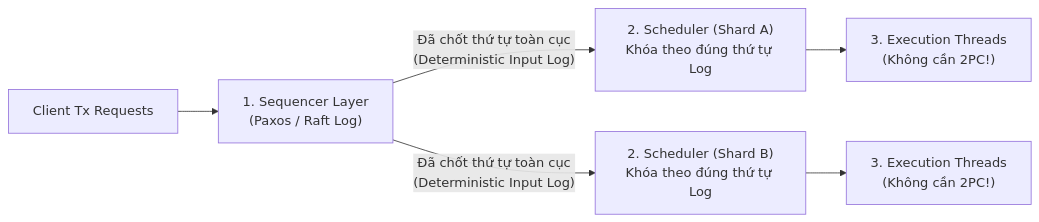
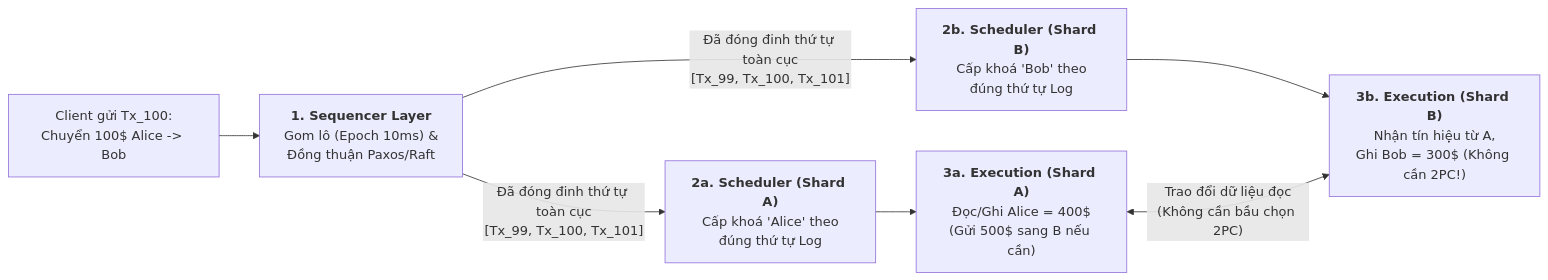
Before and after one commit to namaewanam/namaewanam.github.io: the third of 4 diagrams in docs/Database-Internals-Notes/database-internals-chapter13.vi.md, drawn with Mermaid. The commit also changed other lines of this file and 29 other files, not shown here.

````diff
--- a/docs/Database-Internals-Notes/database-internals-chapter13.vi.md
+++ b/docs/Database-Internals-Notes/database-internals-chapter13.vi.md
@@ -133,8 +383,9 @@
 ```mermaid
 flowchart LR
-    Client["Client Tx Requests"] --> Seq["1. Sequencer Layer<br/>(Paxos / Raft Log)"]
-    Seq -->|"Đã chốt thứ tự toàn cục<br/>(Deterministic Input Log)"| Sched1["2. Scheduler (Shard A)<br/>Khóa theo đúng thứ tự Log"]
-    Seq -->|"Đã chốt thứ tự toàn cục<br/>(Deterministic Input Log)"| Sched2["2. Scheduler (Shard B)<br/>Khóa theo đúng thứ tự Log"]
-    Sched1 --> Exec1["3. Execution Threads<br/>(Không cần 2PC!)"]
-    Sched2 --> Exec2["3. Execution Threads<br/>(Không cần 2PC!)"]
+    Client["Client gửi Tx_100:<br/>Chuyển 100$ Alice -> Bob"] --> Seq["<b>1. Sequencer Layer</b><br/>Gom lô (Epoch 10ms) &<br/>Đồng thuận Paxos/Raft"]
+    Seq -->|"Đã đóng đinh thứ tự toàn cục<br/>[Tx_99, Tx_100, Tx_101]"| SchedA["<b>2a. Scheduler (Shard A)</b><br/>Cấp khoá 'Alice' theo<br/>đúng thứ tự Log"]
+    Seq -->|"Đã đóng đinh thứ tự toàn cục<br/>[Tx_99, Tx_100, Tx_101]"| SchedB["<b>2b. Scheduler (Shard B)</b><br/>Cấp khoá 'Bob' theo<br/>đúng thứ tự Log"]
+    SchedA --> ExecA["<b>3a. Execution (Shard A)</b><br/>Đọc/Ghi Alice = 400$<br/>(Gửi 500$ sang B nếu cần)"]
+    SchedB --> ExecB["<b>3b. Execution (Shard B)</b><br/>Nhận tín hiệu từ A,<br/>Ghi Bob = 300$ (Không cần 2PC!)"]
+    ExecA <-->|"Trao đổi dữ liệu đọc<br/>(Không cần bầu chọn 2PC)"| ExecB
 ```
````
